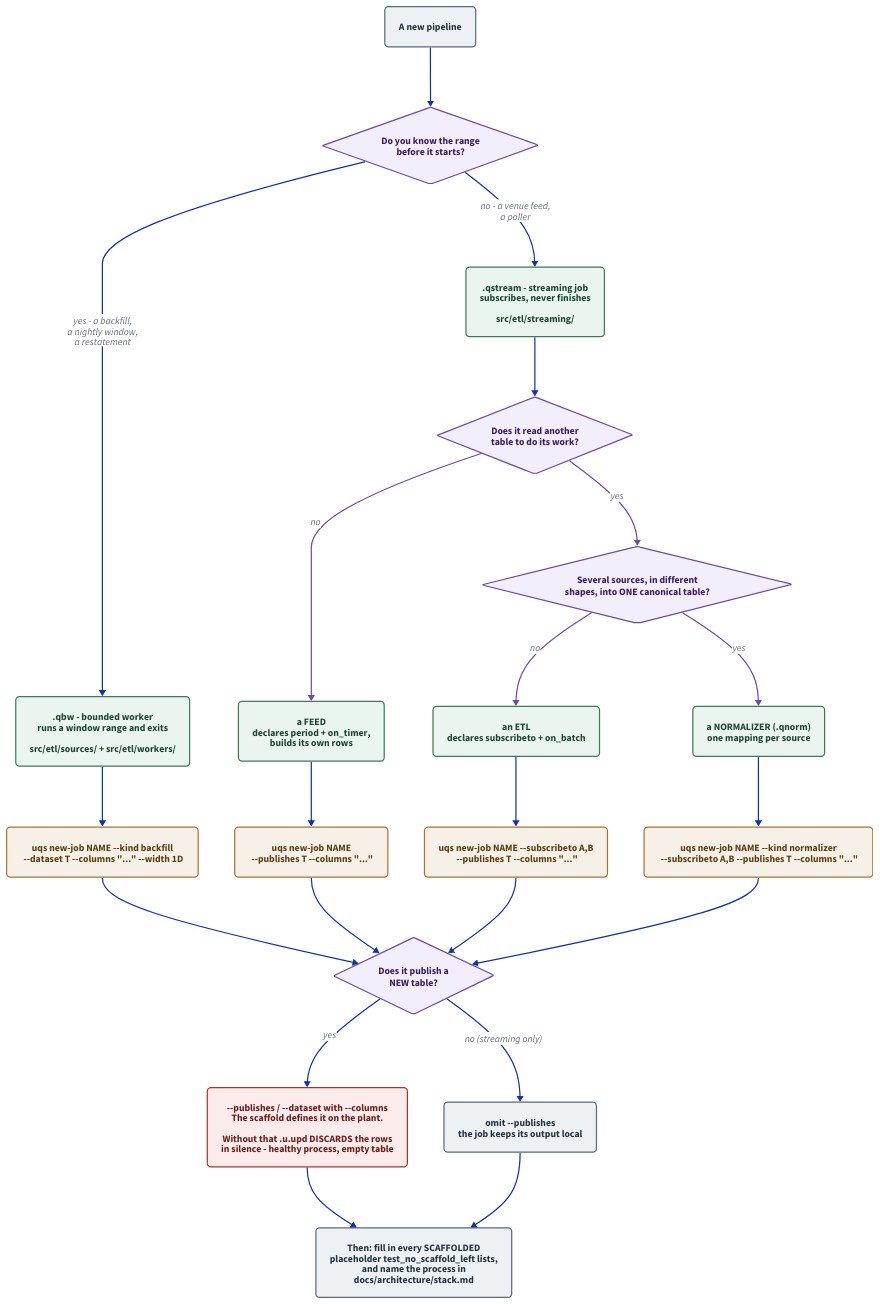
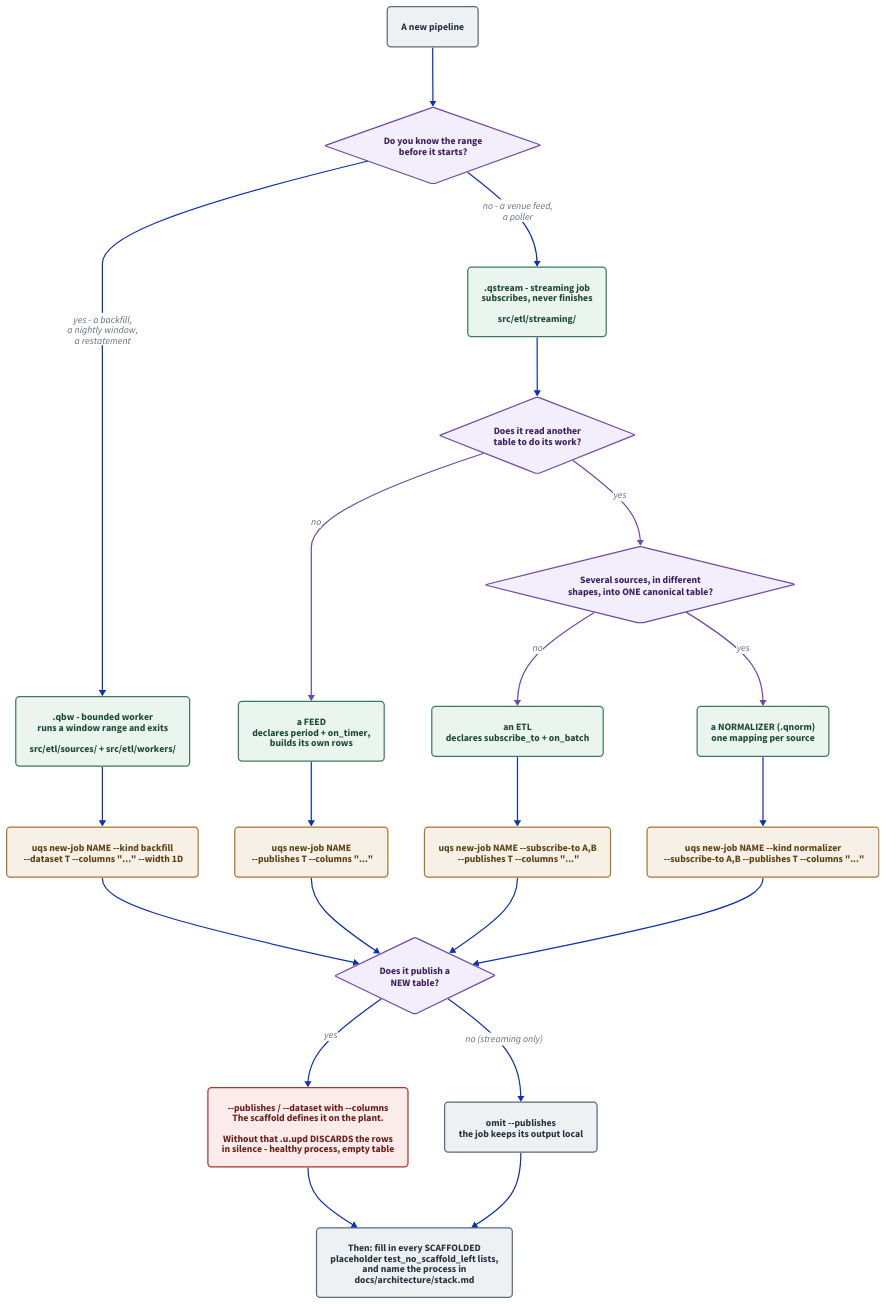
Before and after one commit to kwojdalski/uqf: the diagram in docs/diagrams/pipeline-decision.d2, drawn with D2. The commit also changed 82 other files, not shown here.

```diff
--- a/docs/diagrams/pipeline-decision.d2
+++ b/docs/diagrams/pipeline-decision.d2
@@ -1,126 +1,126 @@
 # pipeline-decision.d2 - which pipeline shape to build, and the command that
 # scaffolds it.
 #
 # Rendered by scripts/generate/render_diagrams.py, which CI runs with
 # --check. Embedded from docs/guides/new-pipeline.md.
 #
 # THE DECISION THIS DRAWS is the first one, and the guide says it is "the only
 # structural mistake here that is expensive to undo": bounded or continuous.
 # Everything after it is a flag on one command. That asymmetry is the point of
 # the drawing - a reader who expects a long decision tree should be able to see
 # in one glance that there are four questions, not thirty, and that only the
 # first one is hard to change later.
 #
 # The kinds are DERIVED, not asked for: a streaming job that subscribes to
 # nothing is a feed, one that subscribes is an etl. scaffold/jobs.py comments
 # that there is no third answer the caller could give which the edges do not
 # already imply. A NORMALIZER is the one kind named outright (--kind
 # normalizer): its edges look like an etl's, and what differs is its purpose -
-# several differently-shaped tables in, one canonical shape out - so the diagram shows `--subscribeto` deciding it rather than a
+# several differently-shaped tables in, one canonical shape out - so the diagram shows `--subscribe-to` deciding it rather than a
 # `--kind feed` that does not exist.
 #
 # What is deliberately NOT here: the transform, the check, the io manager and
 # the partition. Those are declarations you write inside the file the scaffold
 # gives you, not choices about which file to make, and putting them on a
 # decision tree would say they are alternatives when they are ingredients.
 
 direction: down
 
 vars: {
   d2-config: {
     pad: 40
   }
 }
 
 classes: {
   question: {
     shape: diamond
     style: {
       fill: "#f3eefb"
       stroke: "#6f4aa5"
       font-color: "#3a1e5f"
     }
   }
   shell: {
     style: {
       fill: "#eaf5ef"
       stroke: "#3d7a5a"
       font-color: "#1d4733"
       border-radius: 6
     }
   }
   command: {
     style: {
       fill: "#f6f0e6"
       stroke: "#a8762f"
       font-color: "#5c3f13"
       border-radius: 6
     }
   }
   outcome: {
     style: {
       fill: "#eef1f4"
       stroke: "#5a6a78"
       font-color: "#25323d"
       border-radius: 6
     }
   }
   warn: {
     style: {
       fill: "#fbeceb"
       stroke: "#a8342c"
       font-color: "#6b1e18"
       border-radius: 6
     }
   }
 }
 
 start: "A new pipeline" { class: outcome }
 
 q1: "Do you know the range\nbefore it starts?" { class: question }
 
 bounded: ".qbw - bounded worker\nruns a window range and exits\n\nsrc/etl/sources/ + src/etl/workers/" { class: shell }
 cont: ".qstream - streaming job\nsubscribes, never finishes\n\nsrc/etl/streaming/" { class: shell }
 
 q2: "Does it read another\ntable to do its work?" { class: question }
 feed: "a FEED\ndeclares period + on_timer,\nbuilds its own rows" { class: shell }
-etl: "an ETL\ndeclares subscribeto + on_batch" { class: shell }
+etl: "an ETL\ndeclares subscribe_to + on_batch" { class: shell }
 q2b: "Several sources, in different\nshapes, into ONE canonical table?" { class: question }
 normalizer: "a NORMALIZER (.qnorm)\none mapping per source" { class: shell }
-cmd_n: "uqs new-job NAME --kind normalizer\n  --subscribeto A,B --publishes T --columns \"...\"" { class: command }
+cmd_n: "uqs new-job NAME --kind normalizer\n  --subscribe-to A,B --publishes T --columns \"...\"" { class: command }
 
 cmd_b: "uqs new-job NAME --kind backfill\n  --dataset T --columns \"...\" --width 1D" { class: command }
 cmd_f: "uqs new-job NAME\n  --publishes T --columns \"...\"" { class: command }
-cmd_e: "uqs new-job NAME --subscribeto A,B\n  --publishes T --columns \"...\"" { class: command }
+cmd_e: "uqs new-job NAME --subscribe-to A,B\n  --publishes T --columns \"...\"" { class: command }
 
 q3: "Does it publish a\nNEW table?" { class: question }
 newtable: "--publishes / --dataset with --columns\nThe scaffold defines it on the plant.\n\nWithout that .u.upd DISCARDS the rows\nin silence - healthy process, empty table" { class: warn }
 localonly: "omit --publishes\nthe job keeps its output local" { class: outcome }
 
 done: "Then: fill in every SCAFFOLDED\nplaceholder test_no_scaffold_left lists,\nand name the process in\ndocs/architecture/stack.md" { class: outcome }
 
 start -> q1
 q1 -> bounded: "yes - a backfill,\na nightly window,\na restatement"
 q1 -> cont: "no - a venue feed,\na poller"
 
 cont -> q2
 q2 -> feed: "no" { style.stroke: "#6f4aa5" }
 q2 -> q2b: "yes" { style.stroke: "#6f4aa5" }
 q2b -> etl: "no" { style.stroke: "#6f4aa5" }
 q2b -> normalizer: "yes" { style.stroke: "#6f4aa5" }
 
 bounded -> cmd_b
 feed -> cmd_f
 etl -> cmd_e
 normalizer -> cmd_n
 
 cmd_b -> q3
 cmd_f -> q3
 cmd_e -> q3
 cmd_n -> q3
 
 q3 -> newtable: "yes"
 q3 -> localonly: "no (streaming only)"
 
 newtable -> done
 localonly -> done
```
